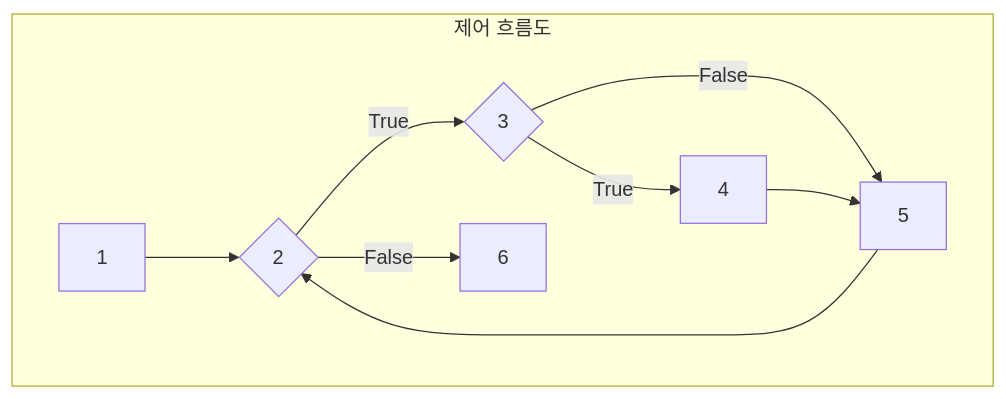
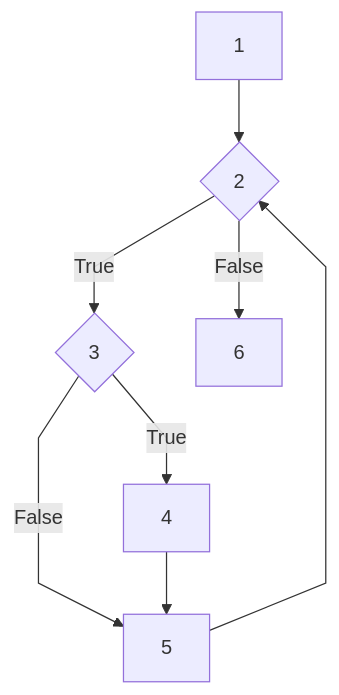
The second of 3 diagrams in contents/test-coverage-for-exam/ko.mdx (oooo12-git/blog-next), drawn with Mermaid before and after one commit. The commit also changed other lines of this file and 3 other files, not shown here.

````diff
--- a/contents/test-coverage-for-exam/ko.mdx
+++ b/contents/test-coverage-for-exam/ko.mdx
@@ -354,12 +356,15 @@
 ```mermaid
-graph TD
-    subgraph 제어 흐름도
-        N1["1"] --> N2{"2"};
-        N2 -- "True" --> N3{"3"};
-        N2 -- "False" --> N6["6"];
-        N3 -- "True" --> N4["4"];
-        N3 -- "False" --> N5["5"];
-        N4 --> N5;
-        N5 --> N2;
-    end
+---
+config:
+  flowchart:
+    curve: linear
+---
+flowchart TD
+  N1["1"] --> N2{"2"};
+  N2 -- "True" --> N3{"3"};
+  N2 -- "False" --> N6["6"];
+  N3 -- "True" --> N4["4"];
+  N3 -- "False" --> N5["5"];
+  N4 --> N5;
+  N5 --> N2;
 ```
````
